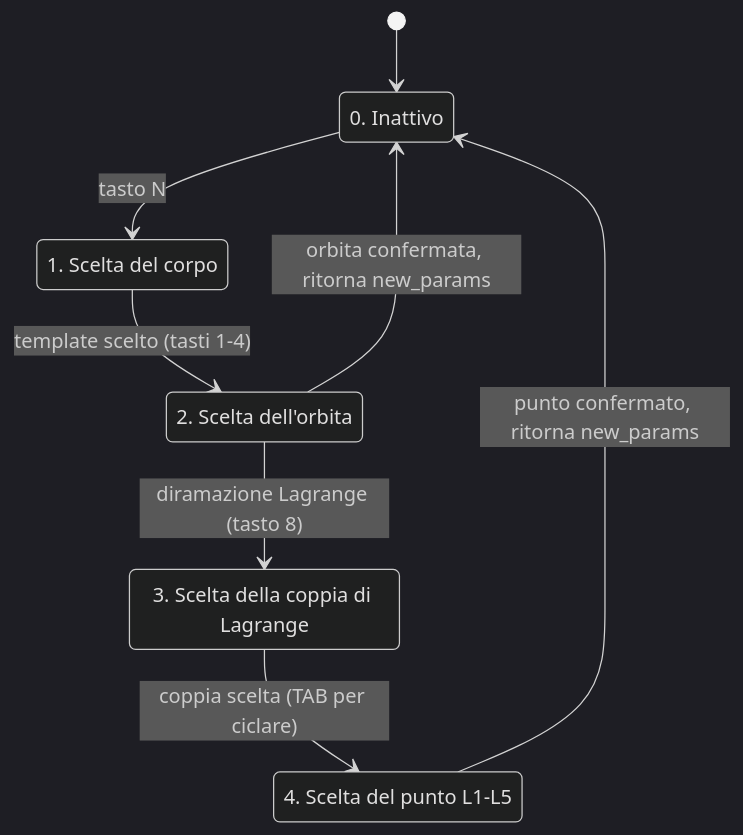
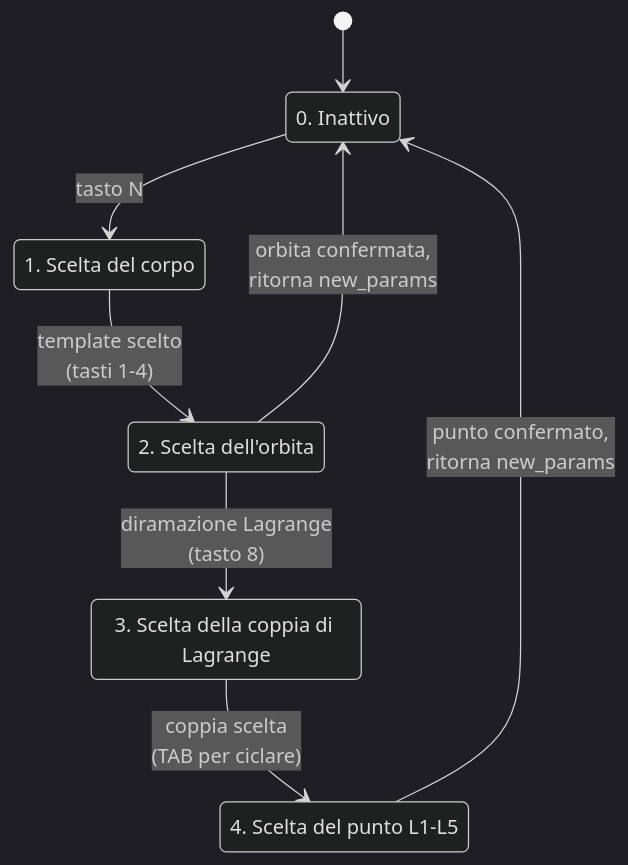
Diagram 11 of 11 in ARCHITECTURE_DEEP_DIVE.it.md (alessandro-pioli/AstroCausal_Engine), drawn with Mermaid (dark theme) before and after one commit. The commit also changed 1 other file, not shown here.

Commit message:
docs: interruzioni di riga nel diagramma di stato

````diff
--- a/ARCHITECTURE_DEEP_DIVE.it.md
+++ b/ARCHITECTURE_DEEP_DIVE.it.md
@@ -809,15 +809,15 @@
 ```mermaid
 stateDiagram-v2
     s0 : 0. Inattivo
     s1 : 1. Scelta del corpo
     s2 : 2. Scelta dell'orbita
     s3 : 3. Scelta della coppia di Lagrange
     s4 : 4. Scelta del punto L1-L5
     [*] --> s0
     s0 --> s1 : tasto N
-    s1 --> s2 : template scelto (tasti 1-4)
-    s2 --> s0 : orbita confermata, ritorna new_params
-    s2 --> s3 : diramazione Lagrange (tasto 8)
-    s3 --> s4 : coppia scelta (TAB per ciclare)
-    s4 --> s0 : punto confermato, ritorna new_params
+    s1 --> s2 : template scelto<br/>(tasti 1-4)
+    s2 --> s0 : orbita confermata,<br/>ritorna new_params
+    s2 --> s3 : diramazione Lagrange<br/>(tasto 8)
+    s3 --> s4 : coppia scelta<br/>(TAB per ciclare)
+    s4 --> s0 : punto confermato,<br/>ritorna new_params
 ```
````
